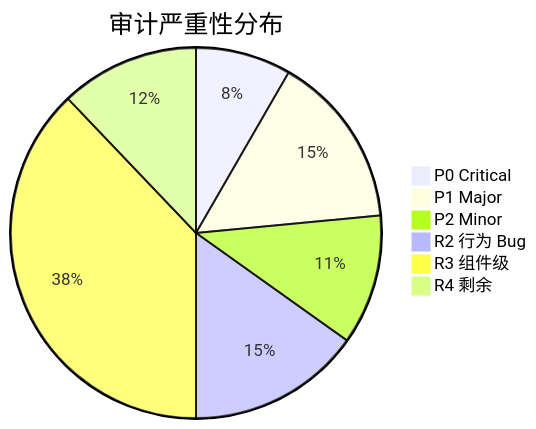
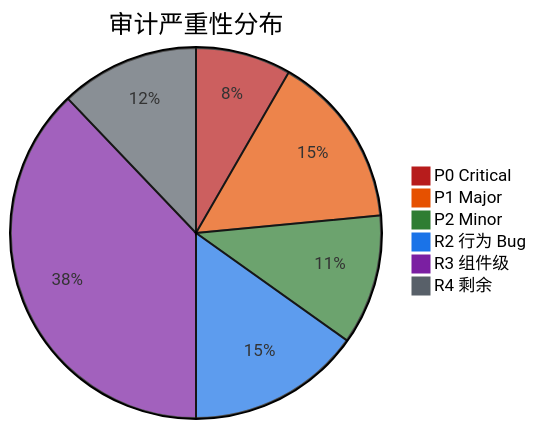
Diagram 11 of 11 in src/ARCHITECTURE.md (jeffsia-blacksmith/altShiftClawCore), drawn with Mermaid before and after one commit. The commit also changed other lines of this file, not shown here.

First line of the commit message:
docs: add color coding to all remaining mermaid charts

````diff
--- a/src/ARCHITECTURE.md
+++ b/src/ARCHITECTURE.md
@@ -575,9 +622,10 @@
 ```mermaid
+%%{init: {'themeVariables': {'pie1': '#b71c1c', 'pie2': '#e65100', 'pie3': '#2e7d32', 'pie4': '#1a73e8', 'pie5': '#7b1fa2', 'pie6': '#586069'}}}%%
 pie title 审计严重性分布
     "P0 Critical" : 11
     "P1 Major" : 20
     "P2 Minor" : 15
     "R2 行为 Bug" : 20
     "R3 组件级" : 50
     "R4 剩余" : 16
 ```
````
